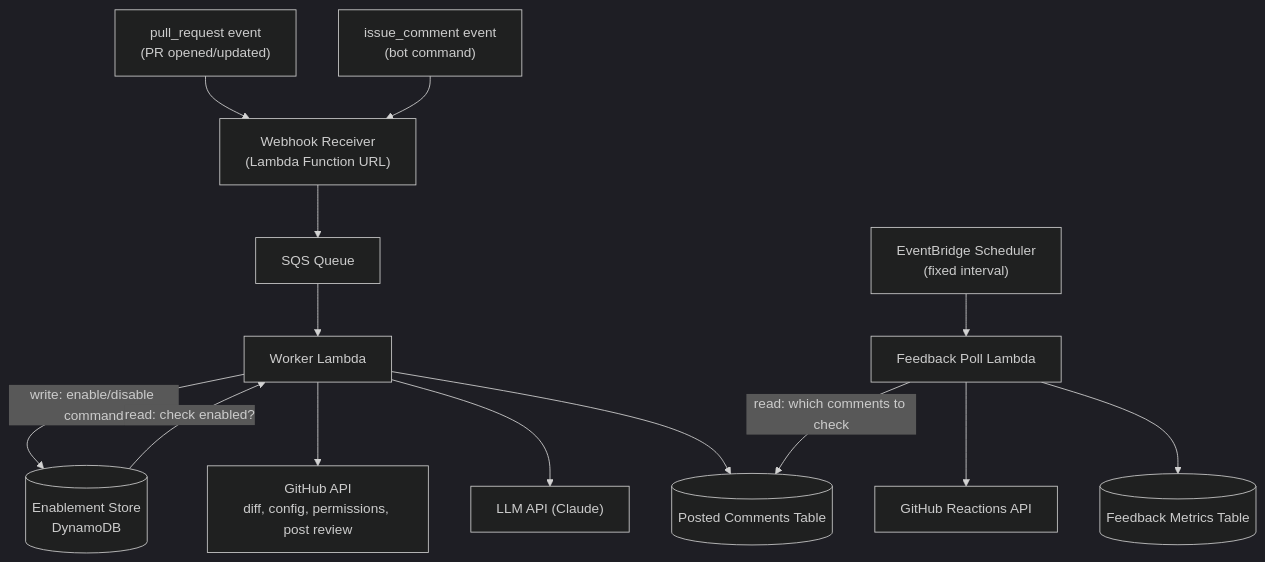
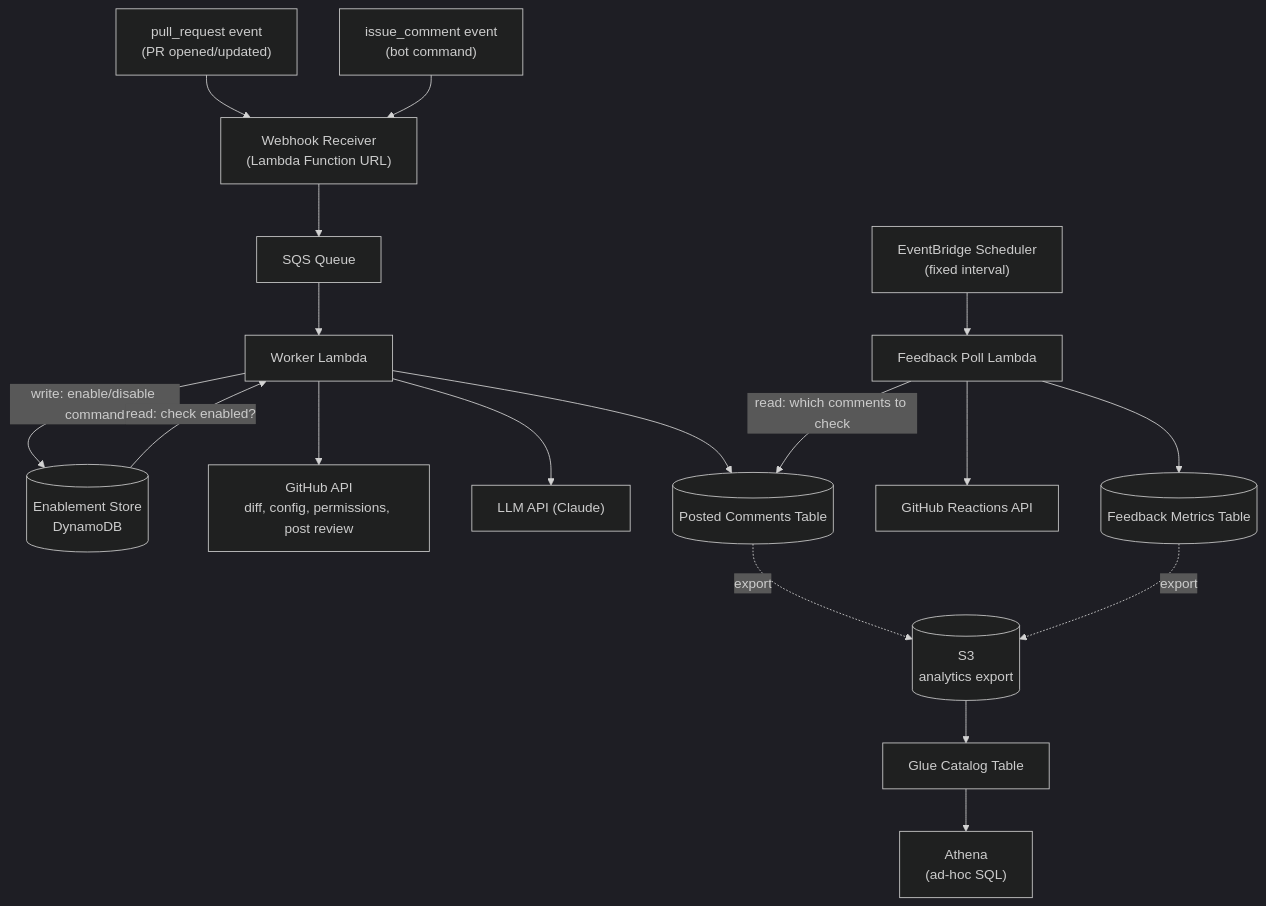
Before and after one commit to Minal18/bob-the-fixer: the diagram in docs/TECH_DESIGN.md, drawn with Mermaid (dark theme). The commit also changed other lines of this file, not shown here.

Commit message:
Add S3/Glue/Athena analytics path, finalize GSI and poll window design

````diff
--- a/docs/TECH_DESIGN.md
+++ b/docs/TECH_DESIGN.md
@@ -7,18 +7,23 @@
 ```mermaid
 flowchart TD
     A1["pull_request event<br/>(PR opened/updated)"] --> B["Webhook Receiver<br/>(Lambda Function URL)"]
     A2["issue_comment event<br/>(bot command)"] --> B
     B --> C["SQS Queue"]
     C --> D["Worker Lambda"]
 
     D -- "write: enable/disable command" --> E[("Enablement Store<br/>DynamoDB")]
     E -- "read: check enabled?" --> D
     D --> F["GitHub API<br/>diff, config, permissions, post review"]
     D --> G["LLM API (Claude)"]
     D --> H[("Posted Comments Table")]
 
     I["EventBridge Scheduler<br/>(fixed interval)"] --> J["Feedback Poll Lambda"]
     J -- "read: which comments to check" --> H
     J --> K["GitHub Reactions API"]
     J --> L[("Feedback Metrics Table")]
+
+    H -. "export" .-> M[("S3<br/>analytics export")]
+    L -. "export" .-> M
+    M --> N["Glue Catalog Table"]
+    N --> O["Athena<br/>(ad-hoc SQL)"]
 ```
````
